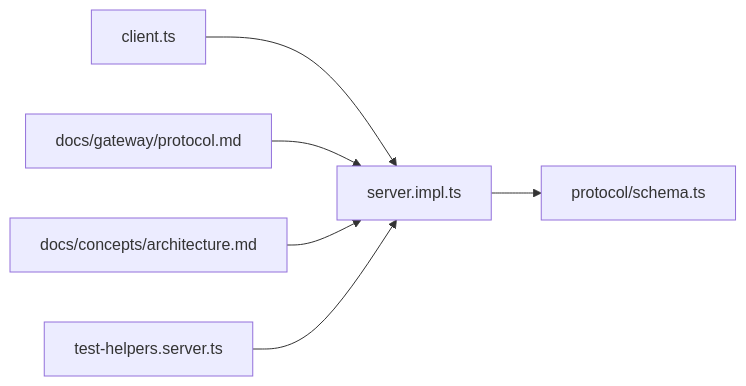
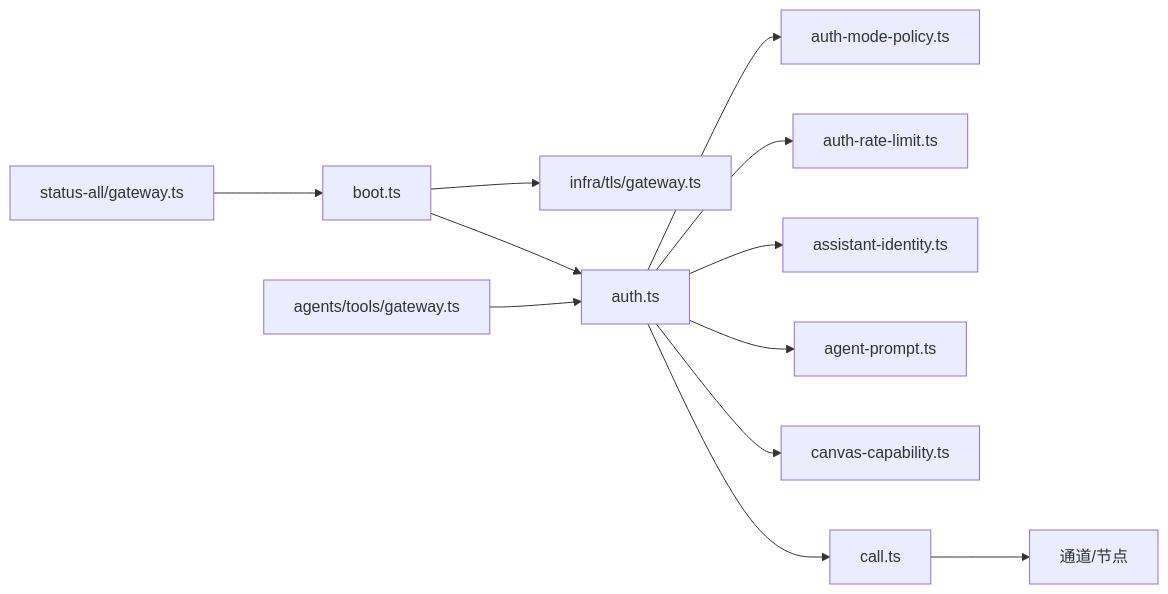
One commit to botx-work/OpenClaw-Internals changed the fifth of 5 diagrams in repowiki/zh/content/核心概念/网关架构.md. Above: the diagram before and after it, drawn with Mermaid. The commit also changed other lines of this file and 542 other files, not shown here.

````diff
--- a/repowiki/zh/content/核心概念/网关架构.md
+++ b/repowiki/zh/content/核心概念/网关架构.md
@@ -345,8 +322,14 @@
 ```mermaid
 graph LR
-CLIENT["client.ts"] --> SERVER_IMPL["server.impl.ts"]
-SERVER_IMPL --> SCHEMA["protocol/schema.ts"]
-DOCS_PROTO["docs/gateway/protocol.md"] --> SERVER_IMPL
-DOCS_ARCH["docs/concepts/architecture.md"] --> SERVER_IMPL
-TEST_HELP["test-helpers.server.ts"] --> SERVER_IMPL
+Boot["boot.ts"] --> TLS["infra/tls/gateway.ts"]
+Boot --> Auth["auth.ts"]
+Auth --> Mode["auth-mode-policy.ts"]
+Auth --> RL["auth-rate-limit.ts"]
+Auth --> ID["assistant-identity.ts"]
+Auth --> Prompt["agent-prompt.ts"]
+Auth --> Canvas["canvas-capability.ts"]
+Auth --> Call["call.ts"]
+Call --> Channel["通道/节点"]
+CLI["status-all/gateway.ts"] --> Boot
+AgentTool["agents/tools/gateway.ts"] --> Auth
 ```
````
